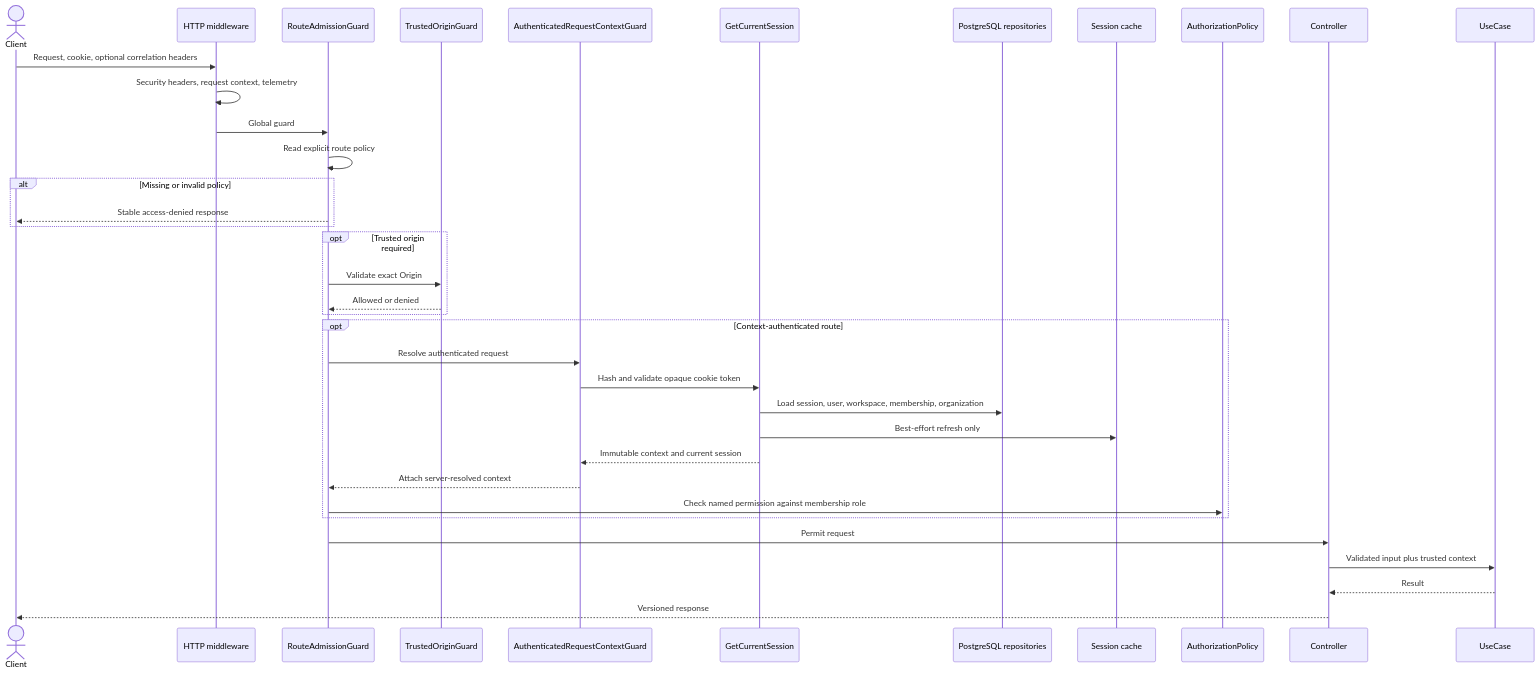
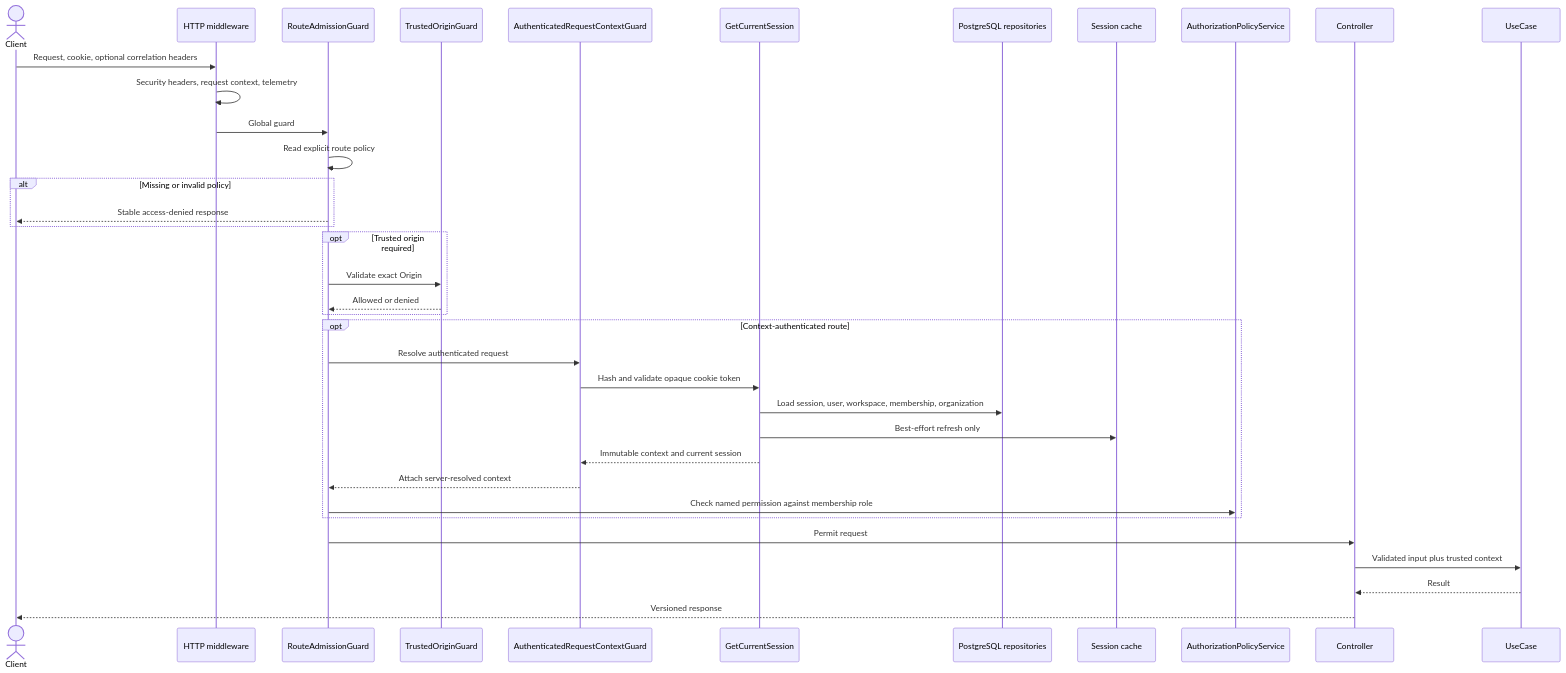
One commit to KasraK2K/nexora-platform-core changed the diagram in docs/flows/protected-request-admission.md. Above: the diagram before and after it, drawn with Mermaid. The commit also changed other lines of this file and 368 other files, not shown here.

````diff
--- a/docs/flows/protected-request-admission.md
+++ b/docs/flows/protected-request-admission.md
@@ -9,39 +9,39 @@
 ```mermaid
 sequenceDiagram
     actor Client
     participant Middleware as HTTP middleware
     participant Admission as RouteAdmissionGuard
     participant Origin as TrustedOriginGuard
     participant Auth as AuthenticatedRequestContextGuard
     participant Session as GetCurrentSession
     participant DB as PostgreSQL repositories
     participant Redis as Session cache
-    participant Policy as AuthorizationPolicy
+    participant Policy as AuthorizationPolicyService
     participant Controller
     participant UseCase
 
     Client->>Middleware: Request, cookie, optional correlation headers
     Middleware->>Middleware: Security headers, request context, telemetry
     Middleware->>Admission: Global guard
     Admission->>Admission: Read explicit route policy
     alt Missing or invalid policy
         Admission-->>Client: Stable access-denied response
     end
     opt Trusted origin required
         Admission->>Origin: Validate exact Origin
         Origin-->>Admission: Allowed or denied
     end
     opt Context-authenticated route
         Admission->>Auth: Resolve authenticated request
         Auth->>Session: Hash and validate opaque cookie token
         Session->>DB: Load session, user, workspace, membership, organization
         Session->>Redis: Best-effort refresh only
         Session-->>Auth: Immutable context and current session
         Auth-->>Admission: Attach server-resolved context
         Admission->>Policy: Check named permission against membership role
     end
     Admission->>Controller: Permit request
     Controller->>UseCase: Validated input plus trusted context
     UseCase-->>Controller: Result
     Controller-->>Client: Versioned response
 ```
````
